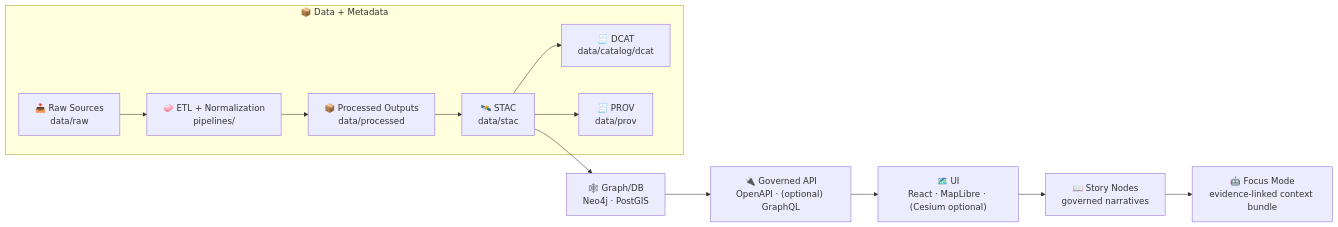
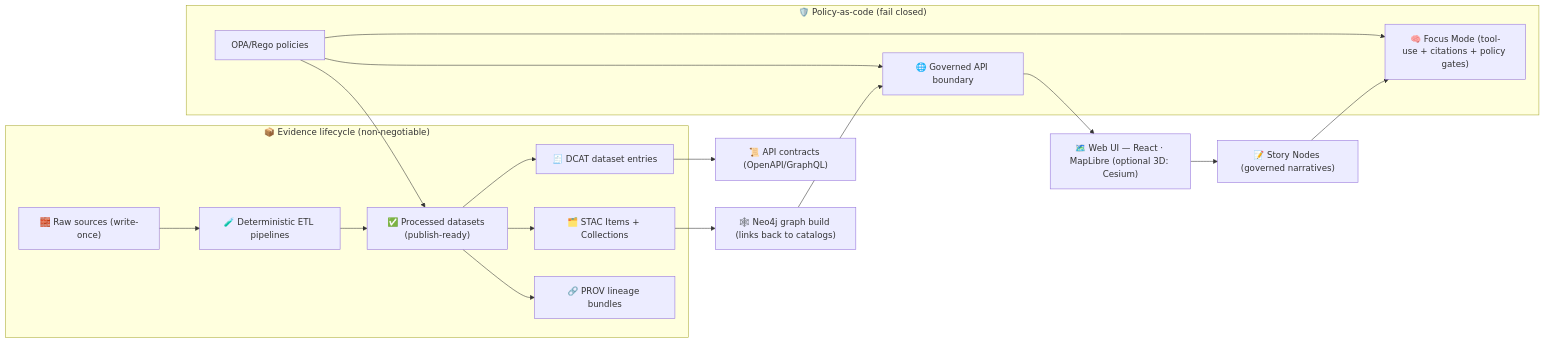
Before and after one commit to bartytime4life/Kansas-Frontier-Matrix: the diagram in README.md, drawn with Mermaid. The commit also changed other lines of this file, not shown here.

````diff
--- a/README.md
+++ b/README.md
@@ -138,16 +102,23 @@
 ```mermaid
 flowchart LR
-  subgraph Data["📦 Data + Metadata"]
-    A["📥 Raw Sources<br/>data/raw"] --> B["🧼 ETL + Normalization<br/>pipelines/"]
-    B --> C["📦 Processed Outputs<br/>data/processed"]
-    C --> S["🛰️ STAC<br/>data/stac"]
-    S --> D["🧾 DCAT<br/>data/catalog/dcat"]
-    S --> P["🧾 PROV<br/>data/prov"]
+  subgraph Evidence["📦 Evidence lifecycle (non-negotiable)"]
+    A["🧱 Raw sources (write-once)"] --> B["🧪 Deterministic ETL pipelines"]
+    B --> C["✅ Processed datasets (publish-ready)"]
+    C --> D["🗂️ STAC Items + Collections"]
+    C --> E["🧾 DCAT dataset entries"]
+    C --> F["🔗 PROV lineage bundles"]
   end
 
-  S --> G["🕸️ Graph/DB<br/>Neo4j · PostGIS"]
-  G --> H["🔌 Governed API<br/>OpenAPI · (optional) GraphQL"]
-  H --> I["🗺️ UI<br/>React · MapLibre · (Cesium optional)"]
-  I --> J["📖 Story Nodes<br/>governed narratives"]
-  J --> K["🤖 Focus Mode<br/>evidence-linked context bundle"]
+  D --> G["🕸️ Neo4j graph build (links back to catalogs)"]
+  E --> H["📜 API contracts (OpenAPI/GraphQL)"]
+  G --> I["🌐 Governed API boundary"]
+  I --> J["🗺️ Web UI — React · MapLibre (optional 3D: Cesium)"]
+  J --> K["📝 Story Nodes (governed narratives)"]
+  K --> L["🧠 Focus Mode (tool-use + citations + policy gates)"]
+
+  subgraph Policy["🛡️ Policy-as-code (fail closed)"]
+    P["OPA/Rego policies"] --> I
+    P --> L
+    P --> C
+  end
 ```
````
